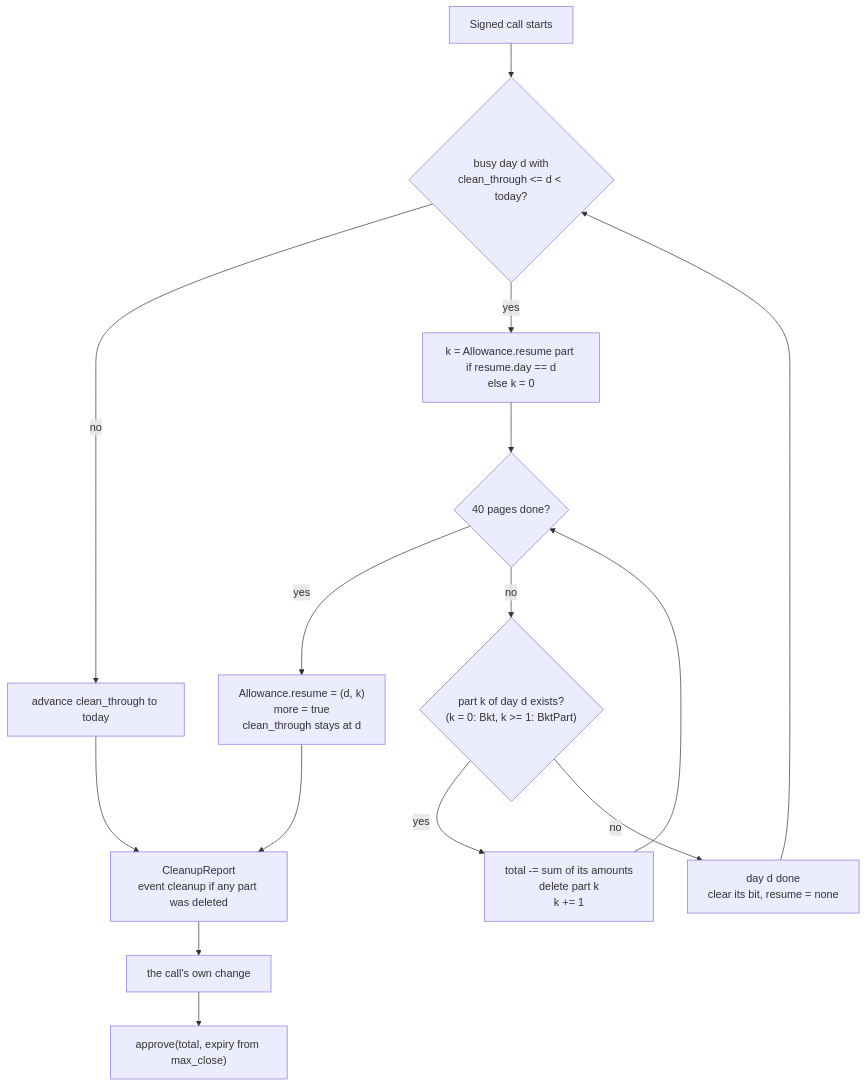
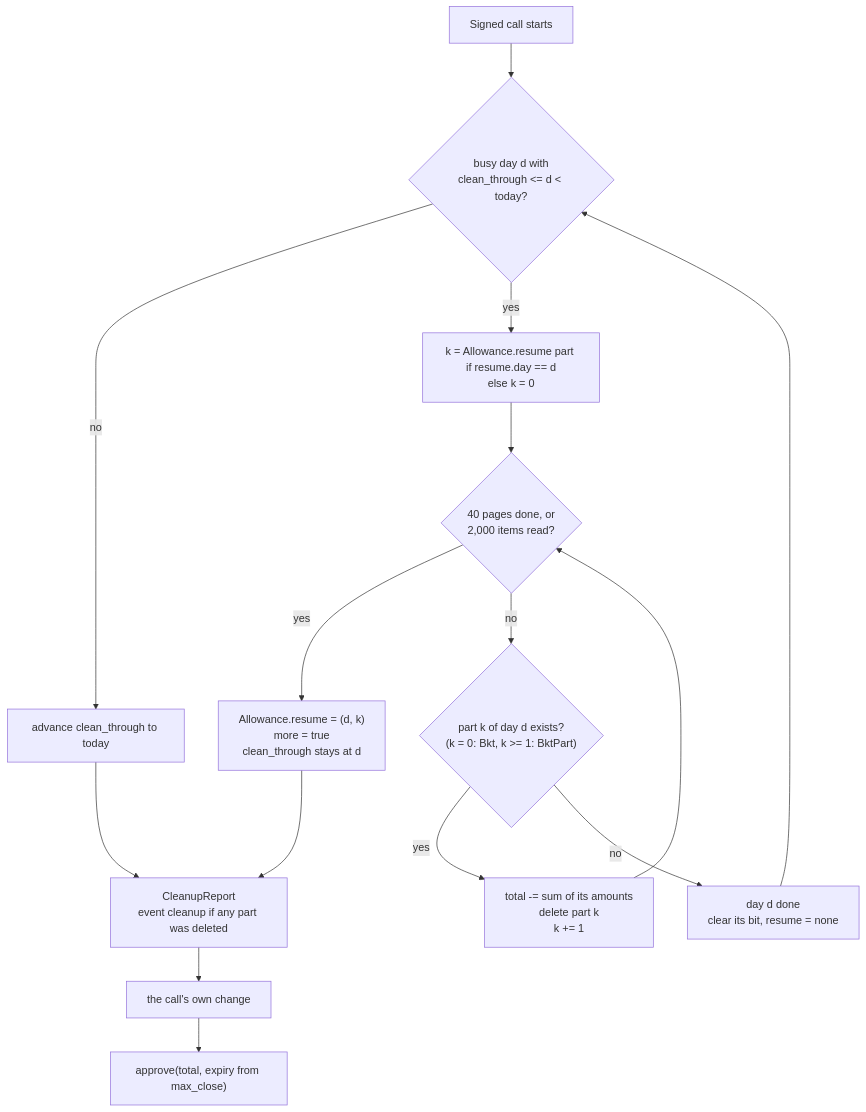
The diagram in PiRC2/6-subscription-lifecycle.md (PiNetwork/PiRC), drawn with Mermaid before and after one commit. The commit also changed other lines of this file and 6 other files, not shown here.

````diff
--- a/PiRC2/6-subscription-lifecycle.md
+++ b/PiRC2/6-subscription-lifecycle.md
@@ -233,17 +246,17 @@
 ```mermaid
 flowchart TD
   A[Signed call starts] --> B{busy day d with<br/>clean_through <= d < today?}
   B -- no --> F[advance clean_through to today]
   B -- yes --> K0["k = Allowance.resume part if resume.day == d<br/>else k = 0"]
-  K0 --> C{40 pages done?}
+  K0 --> C{"40 pages done, or<br/>2,000 items read?"}
   C -- yes --> SV["Allowance.resume = (d, k)<br/>more = true<br/>clean_through stays at d"]
   C -- no --> Q{"part k of day d exists?<br/>(k = 0: Bkt, k >= 1: BktPart)"}
   Q -- yes --> D["total -= sum of its amounts<br/>delete part k<br/>k += 1"]
   D --> C
   Q -- no --> E["day d done<br/>clear its bit, resume = none"]
   E --> B
   F --> R[CleanupReport<br/>event cleanup if any part was deleted]
   SV --> R
   R --> G[the call's own change]
   G --> H["approve(total, expiry from max_close)"]
 ```
````
